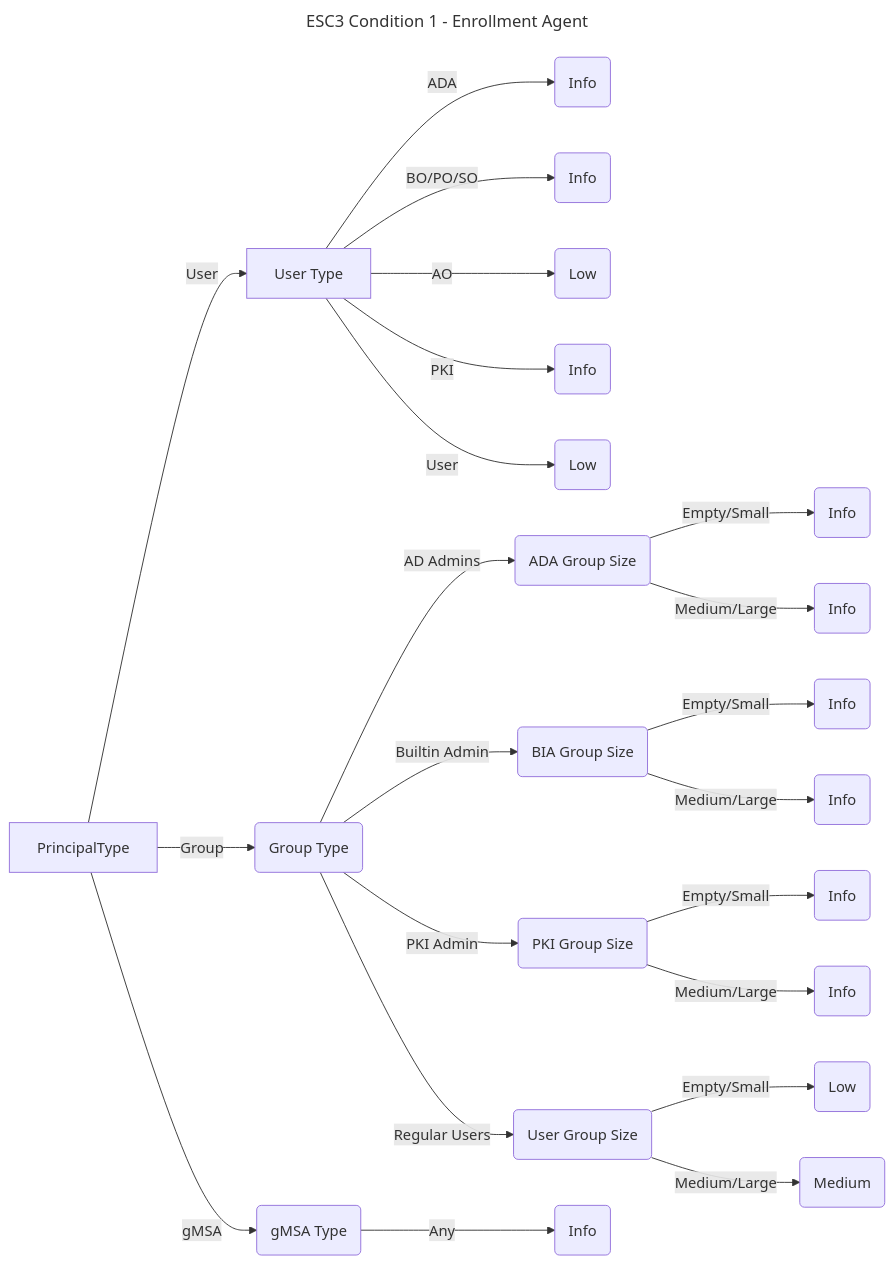
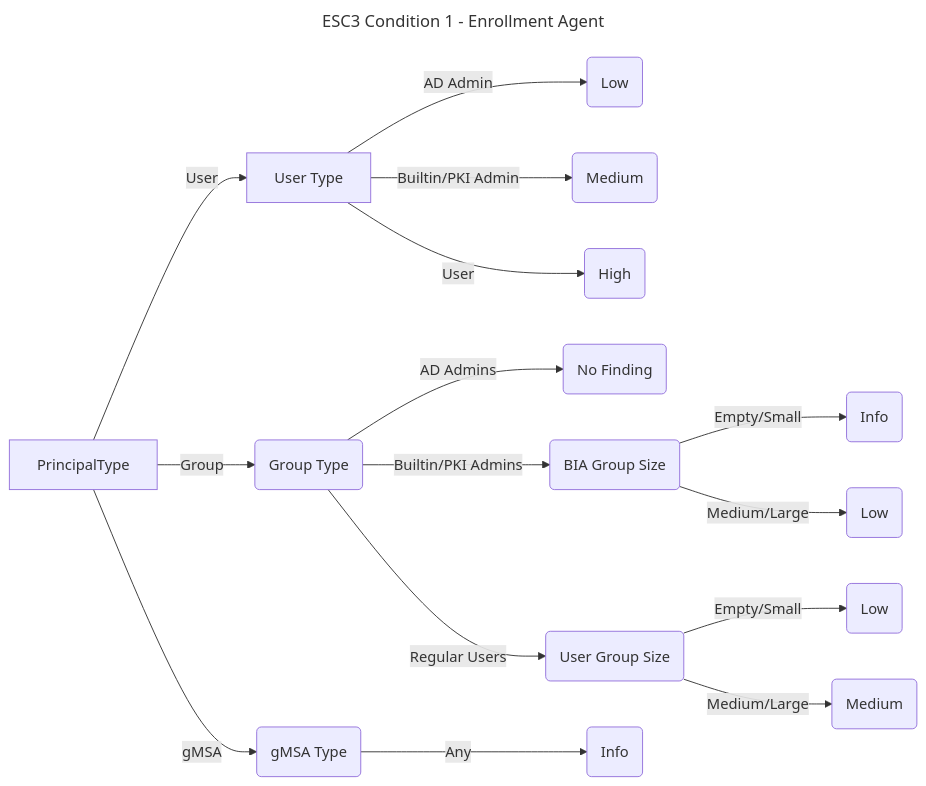
One commit to TrimarcJake/Locksmith changed the diagram in Graphics/ESC3.md. Above: the diagram before and after it, drawn with Mermaid. The commit also changed 7 other files, not shown here.

````diff
--- a/Graphics/ESC3.md
+++ b/Graphics/ESC3.md
@@ -1,27 +1,20 @@
 ```mermaid
 ---
 title: ESC3 Condition 1 - Enrollment Agent 
 ---
 flowchart LR
     PrincipalType -->|User| UserType["User Type"];
-            UserType -- ADA --> ADAUPriority(Info);
-            UserType -- BO/PO/SO --> BIAUPriority(Info);
-            UserType -- AO --> AOUPriority(Low);
-            UserType -- PKI --> PKIAUPriority(Info);
-            UserType -- User --> UserPriority(Low);
+            UserType -- AD Admin --> ADAUPriority(Low);
+            UserType -- Builtin/PKI Admin --> BIAUPriority(Medium);
+            UserType -- User --> UserPriority(High);
     PrincipalType -->|Group| GroupType("Group Type");
-            GroupType -- AD Admins --> ADASize(ADA Group Size);
-                ADASize -- Empty/Small --> ADAEGPriority(Info);
-                ADASize -- Medium/Large --> ADAMGPriority(Info);
-            GroupType -- Builtin Admin --> BIASize(BIA Group Size);
+            GroupType -- AD Admins --> ADASize(No Finding);
+            GroupType -- Builtin/PKI Admins --> BIASize(BIA Group Size);
                 BIASize -- Empty/Small --> BIAEGPriority(Info);
-                BIASize -- Medium/Large --> BIAMGPriority(Info);
-            GroupType -- PKI Admin --> PKIASize(PKI Group Size);
-                PKIASize -- Empty/Small --> PKIAEGPriority(Info);
-                PKIASize -- Medium/Large --> PKIAMGPriority(Info);
+                BIASize -- Medium/Large --> BIAMGPriority(Low);
             GroupType -- Regular Users --> UsersSize(User Group Size);
                 UsersSize -- Empty/Small --> UsersEGPriority(Low);
                 UsersSize -- Medium/Large --> UsersMGPriority(Medium);
     PrincipalType -->|gMSA| gMSAType(gMSA Type);
             gMSAType -- Any --> gMSAPriority(Info);
 ```
````
